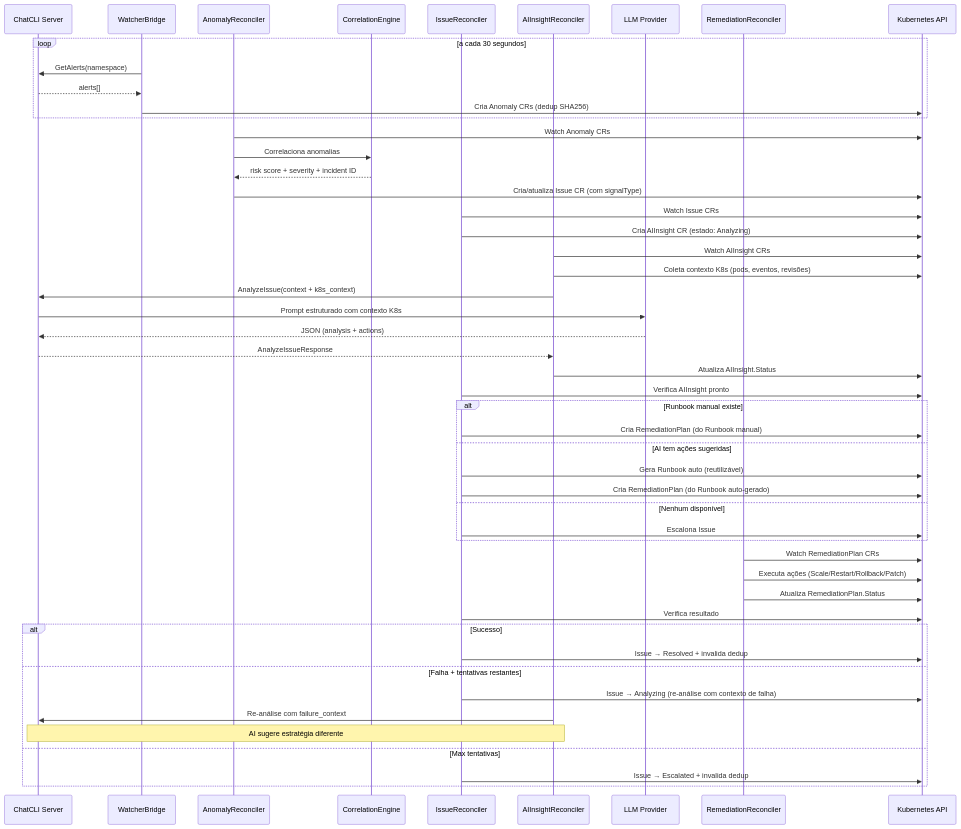
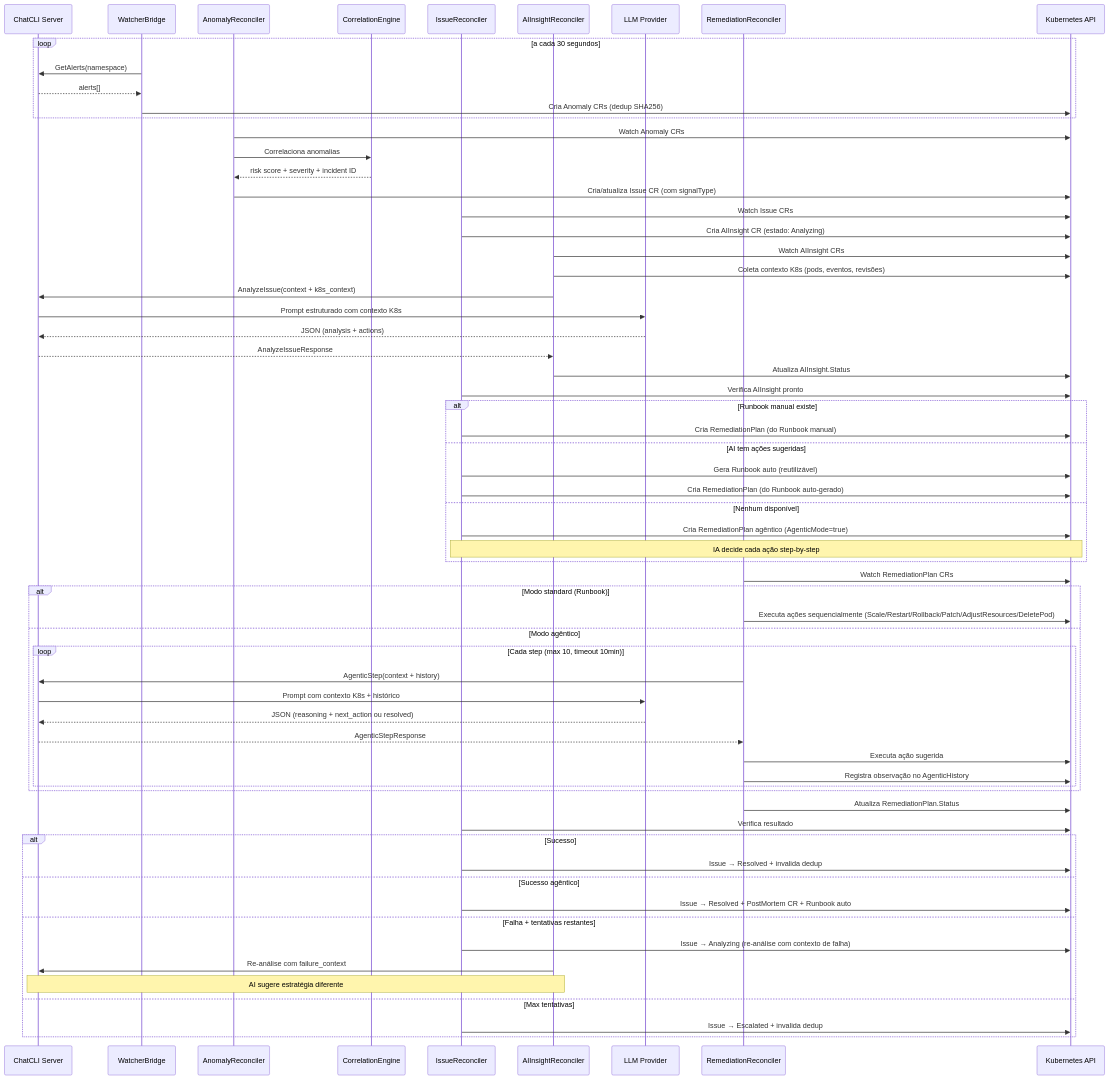
One commit to diillson/chatcli changed the first of 3 diagrams in ghpages/content/docs/features/aiops-platform.md. Above: the diagram before and after it, drawn with Mermaid. The commit also changed other lines of this file and 24 other files, not shown here.

First line of the commit message:
feat(operator): add agentic AI remediation and PostMortem CRD

````diff
--- a/ghpages/content/docs/features/aiops-platform.md
+++ b/ghpages/content/docs/features/aiops-platform.md
@@ -17,59 +17,74 @@
 ```mermaid
 sequenceDiagram
     participant Server as ChatCLI Server
     participant WB as WatcherBridge
     participant AR as AnomalyReconciler
     participant CE as CorrelationEngine
     participant IR as IssueReconciler
     participant AIR as AIInsightReconciler
     participant LLM as LLM Provider
     participant RR as RemediationReconciler
     participant K8s as Kubernetes API
 
     loop a cada 30 segundos
         WB->>Server: GetAlerts(namespace)
         Server-->>WB: alerts[]
         WB->>K8s: Cria Anomaly CRs (dedup SHA256)
     end
 
     AR->>K8s: Watch Anomaly CRs
     AR->>CE: Correlaciona anomalias
     CE-->>AR: risk score + severity + incident ID
     AR->>K8s: Cria/atualiza Issue CR (com signalType)
 
     IR->>K8s: Watch Issue CRs
     IR->>K8s: Cria AIInsight CR (estado: Analyzing)
 
     AIR->>K8s: Watch AIInsight CRs
     AIR->>K8s: Coleta contexto K8s (pods, eventos, revisões)
     AIR->>Server: AnalyzeIssue(context + k8s_context)
     Server->>LLM: Prompt estruturado com contexto K8s
     LLM-->>Server: JSON (analysis + actions)
     Server-->>AIR: AnalyzeIssueResponse
     AIR->>K8s: Atualiza AIInsight.Status
 
     IR->>K8s: Verifica AIInsight pronto
     alt Runbook manual existe
         IR->>K8s: Cria RemediationPlan (do Runbook manual)
     else AI tem ações sugeridas
         IR->>K8s: Gera Runbook auto (reutilizável)
         IR->>K8s: Cria RemediationPlan (do Runbook auto-gerado)
     else Nenhum disponível
-        IR->>K8s: Escalona Issue
+        IR->>K8s: Cria RemediationPlan agêntico (AgenticMode=true)
+        Note over IR,K8s: IA decide cada ação step-by-step
     end
 
     RR->>K8s: Watch RemediationPlan CRs
-    RR->>K8s: Executa ações (Scale/Restart/Rollback/Patch)
+
+    alt Modo standard (Runbook)
+        RR->>K8s: Executa ações sequencialmente (Scale/Restart/Rollback/Patch/AdjustResources/DeletePod)
+    else Modo agêntico
+        loop Cada step (max 10, timeout 10min)
+            RR->>Server: AgenticStep(context + history)
+            Server->>LLM: Prompt com contexto K8s + histórico
+            LLM-->>Server: JSON (reasoning + next_action ou resolved)
+            Server-->>RR: AgenticStepResponse
+            RR->>K8s: Executa ação sugerida
+            RR->>K8s: Registra observação no AgenticHistory
+        end
+    end
     RR->>K8s: Atualiza RemediationPlan.Status
 
     IR->>K8s: Verifica resultado
     alt Sucesso
         IR->>K8s: Issue → Resolved + invalida dedup
+    else Sucesso agêntico
+        IR->>K8s: Issue → Resolved + PostMortem CR + Runbook auto
     else Falha + tentativas restantes
         IR->>K8s: Issue → Analyzing (re-análise com contexto de falha)
         AIR->>Server: Re-análise com failure_context
         Note over AIR,Server: AI sugere estratégia diferente
     else Max tentativas
         IR->>K8s: Issue → Escalated + invalida dedup
     end
 ```
````
